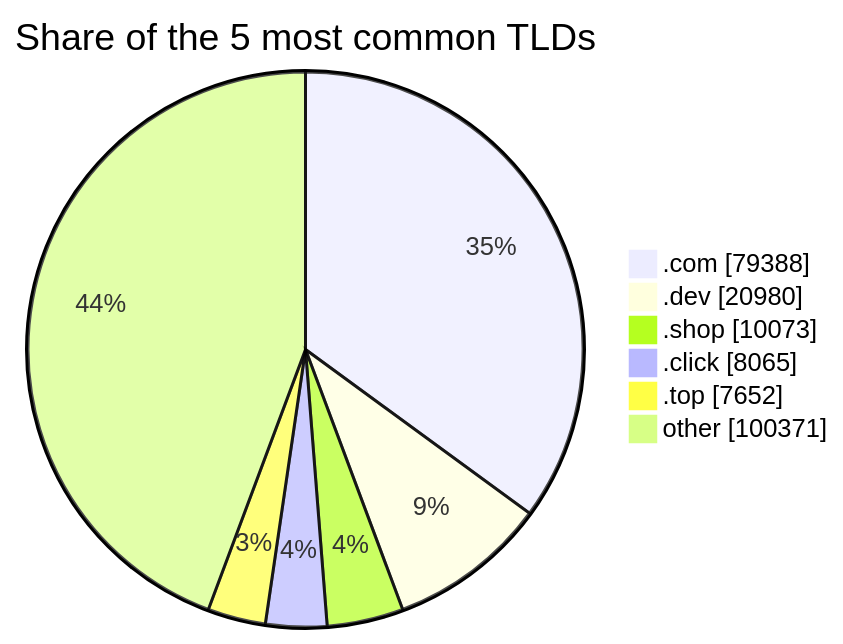
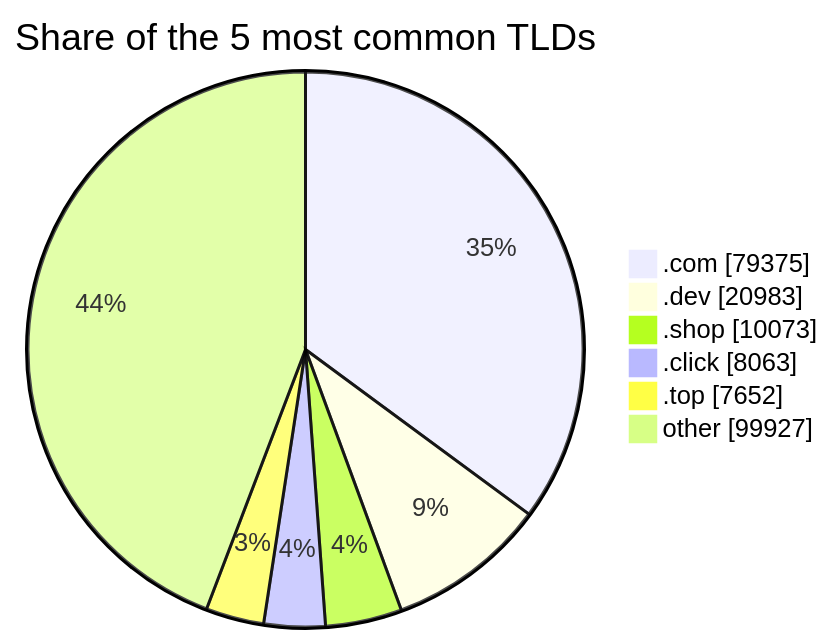
Before and after one commit to DNSBunker/CTI: the third of 3 diagrams in README.md, drawn with Mermaid. The commit also changed other lines of this file and 3 other files, not shown here.

````diff
--- a/README.md
+++ b/README.md
@@ -81,9 +81,9 @@
 ```mermaid
 pie showData title Share of the 5 most common TLDs
-    ".com" : 79388
-    ".dev" : 20980
+    ".com" : 79375
+    ".dev" : 20983
     ".shop" : 10073
-    ".click" : 8065
+    ".click" : 8063
     ".top" : 7652
-    "other" : 100371
+    "other" : 99927
 ```
````
